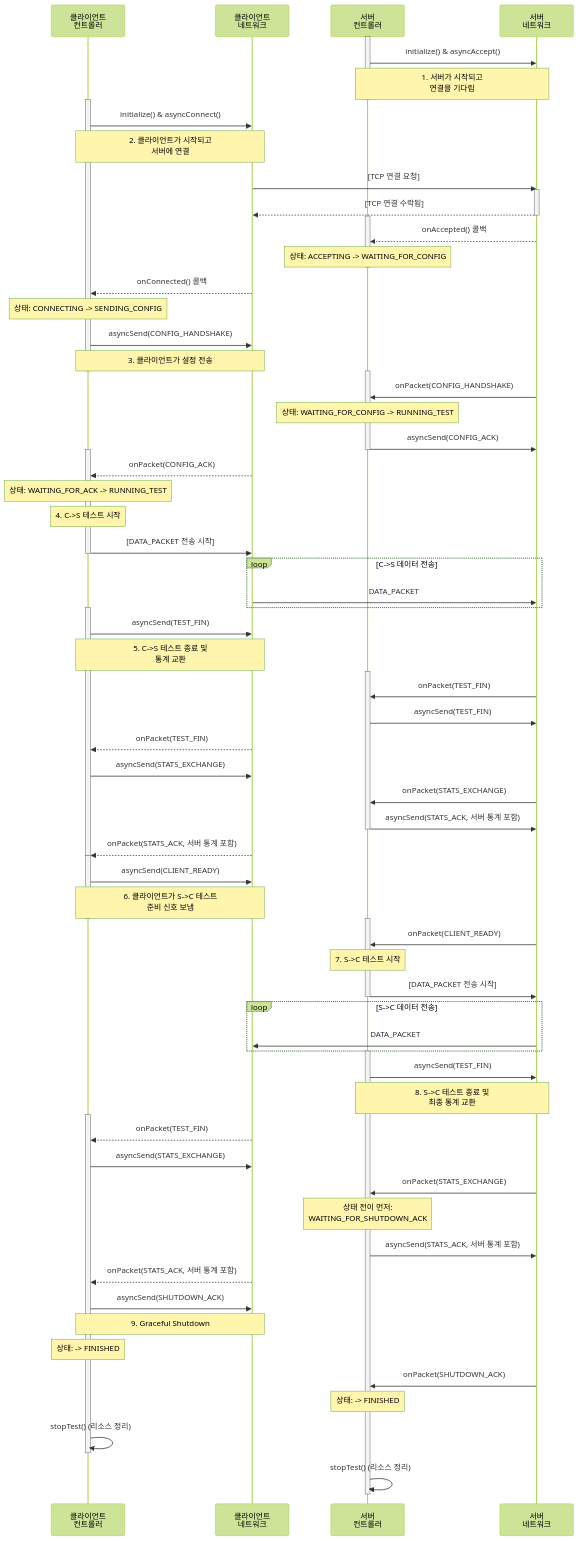
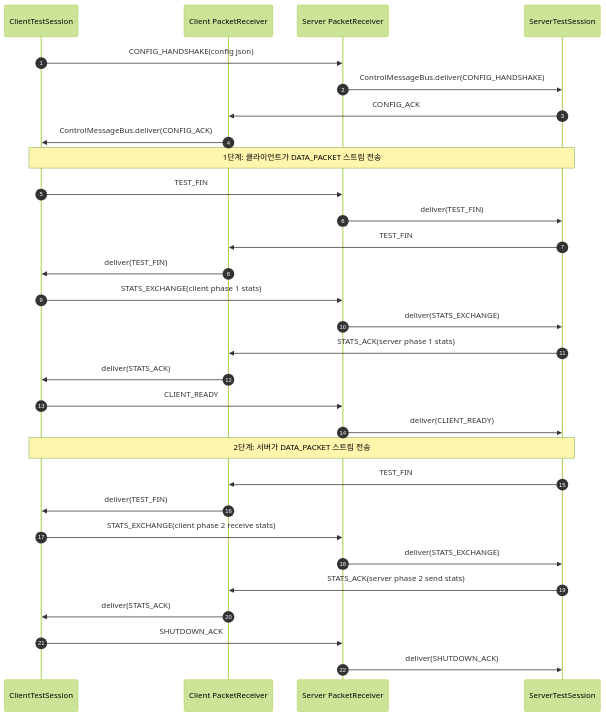
One commit to JunKIM2603a/MyIperf changed the first of 2 diagrams in MyIperf/UML/SequenceDiagram.md. Above: the diagram before and after it, drawn with Mermaid (forest theme). The commit also changed other lines of this file and 186 other files, not shown here.

````diff
--- a/MyIperf/UML/SequenceDiagram.md
+++ b/MyIperf/UML/SequenceDiagram.md
@@ -22,108 +6,38 @@
 ```mermaid
 sequenceDiagram
-    participant C_TC as 클라이언트<br>컨트롤러
-    participant C_NI as 클라이언트<br>네트워크
-    participant S_TC as 서버<br>컨트롤러
-    participant S_NI as 서버<br>네트워크
+    autonumber
+    participant Client as ClientTestSession
+    participant ClientRx as Client PacketReceiver
+    participant ServerRx as Server PacketReceiver
+    participant Server as ServerTestSession
 
-    activate S_TC
-    S_TC->>S_NI: initialize() & asyncAccept()
-    note over S_TC, S_NI: 1. 서버가 시작되고<br>연결을 기다림
-    deactivate S_TC
+    Client->>ServerRx: CONFIG_HANDSHAKE(config json)
+    ServerRx->>Server: ControlMessageBus.deliver(CONFIG_HANDSHAKE)
+    Server->>ClientRx: CONFIG_ACK
+    ClientRx->>Client: ControlMessageBus.deliver(CONFIG_ACK)
 
-    activate C_TC
-    C_TC->>C_NI: initialize() & asyncConnect()
-    note over C_TC, C_NI: 2. 클라이언트가 시작되고<br>서버에 연결
-    
-    C_NI->>S_NI: [TCP 연결 요청]
-    activate S_NI
-    S_NI-->>C_NI: [TCP 연결 수락됨]
-    deactivate S_NI
+    Note over Client,Server: 1단계: 클라이언트가 DATA_PACKET 스트림 전송
 
-    activate S_TC
-    S_NI-->>S_TC: onAccepted() 콜백
-    note over S_TC: 상태: ACCEPTING -> WAITING_FOR_CONFIG
-    deactivate S_TC
-    
-    C_NI-->>C_TC: onConnected() 콜백
-    note over C_TC: 상태: CONNECTING -> SENDING_CONFIG
-    C_TC->>C_NI: asyncSend(CONFIG_HANDSHAKE)
-    note over C_TC, C_NI: 3. 클라이언트가 설정 전송
-    deactivate C_TC
+    Client->>ServerRx: TEST_FIN
+    ServerRx->>Server: deliver(TEST_FIN)
+    Server->>ClientRx: TEST_FIN
+    ClientRx->>Client: deliver(TEST_FIN)
+    Client->>ServerRx: STATS_EXCHANGE(client phase 1 stats)
+    ServerRx->>Server: deliver(STATS_EXCHANGE)
+    Server->>ClientRx: STATS_ACK(server phase 1 stats)
+    ClientRx->>Client: deliver(STATS_ACK)
 
-    activate S_TC
-    S_NI->>S_TC: onPacket(CONFIG_HANDSHAKE)
-    note over S_TC: 상태: WAITING_FOR_CONFIG -> RUNNING_TEST
-    S_TC->>S_NI: asyncSend(CONFIG_ACK)
-    deactivate S_TC
+    Client->>ServerRx: CLIENT_READY
+    ServerRx->>Server: deliver(CLIENT_READY)
 
-    activate C_TC
-    C_NI-->>C_TC: onPacket(CONFIG_ACK)
-    note over C_TC: 상태: WAITING_FOR_ACK -> RUNNING_TEST
-    note over C_TC: 4. C->S 테스트 시작
-    C_TC->>C_NI: [DATA_PACKET 전송 시작]
-    deactivate C_TC
+    Note over Client,Server: 2단계: 서버가 DATA_PACKET 스트림 전송
 
-    loop C->S 데이터 전송
-        C_NI->>S_NI: DATA_PACKET
-    end
-    
-    activate C_TC
-    C_TC->>C_NI: asyncSend(TEST_FIN)
-    note over C_TC, C_NI: 5. C->S 테스트 종료 및<br>통계 교환
-    
-    activate S_TC
-    S_NI->>S_TC: onPacket(TEST_FIN)
-    S_TC->>S_NI: asyncSend(TEST_FIN)
-    
-    C_NI-->>C_TC: onPacket(TEST_FIN)
-    C_TC->>C_NI: asyncSend(STATS_EXCHANGE)
-    
-    S_NI->>S_TC: onPacket(STATS_EXCHANGE)
-    S_TC->>S_NI: asyncSend(STATS_ACK, 서버 통계 포함)
-    deactivate S_TC
-    
-    C_NI-->>C_TC: onPacket(STATS_ACK, 서버 통계 포함)
-    deactivate C_TC
-
-    activate C_TC
-    C_TC->>C_NI: asyncSend(CLIENT_READY)
-    note over C_TC, C_NI: 6. 클라이언트가 S->C 테스트<br>준비 신호 보냄
-    deactivate C_TC
-
-    activate S_TC
-    S_NI->>S_TC: onPacket(CLIENT_READY)
-    note over S_TC: 7. S->C 테스트 시작
-    S_TC->>S_NI: [DATA_PACKET 전송 시작]
-    deactivate S_TC
-
-    loop S->C 데이터 전송
-        S_NI->>C_NI: DATA_PACKET
-    end
-
-    activate S_TC
-    S_TC->>S_NI: asyncSend(TEST_FIN)
-    note over S_TC, S_NI: 8. S->C 테스트 종료 및<br>최종 통계 교환
-
-    activate C_TC
-    C_NI-->>C_TC: onPacket(TEST_FIN)
-    C_TC->>C_NI: asyncSend(STATS_EXCHANGE)
-
-    S_NI->>S_TC: onPacket(STATS_EXCHANGE)
-    note over S_TC: 상태 전이 먼저:<br>WAITING_FOR_SHUTDOWN_ACK
-    S_TC->>S_NI: asyncSend(STATS_ACK, 서버 통계 포함)
-
-    C_NI-->>C_TC: onPacket(STATS_ACK, 서버 통계 포함)
-    C_TC->>C_NI: asyncSend(SHUTDOWN_ACK)
-    note over C_TC, C_NI: 9. Graceful Shutdown
-    note over C_TC: 상태: -> FINISHED
-
-    S_NI->>S_TC: onPacket(SHUTDOWN_ACK)
-    note over S_TC: 상태: -> FINISHED
-
-    C_TC->>C_TC: stopTest() (리소스 정리)
-    deactivate C_TC
-    
-    S_TC->>S_TC: stopTest() (리소스 정리)
-    deactivate S_TC
+    Server->>ClientRx: TEST_FIN
+    ClientRx->>Client: deliver(TEST_FIN)
+    Client->>ServerRx: STATS_EXCHANGE(client phase 2 receive stats)
+    ServerRx->>Server: deliver(STATS_EXCHANGE)
+    Server->>ClientRx: STATS_ACK(server phase 2 send stats)
+    ClientRx->>Client: deliver(STATS_ACK)
+    Client->>ServerRx: SHUTDOWN_ACK
+    ServerRx->>Server: deliver(SHUTDOWN_ACK)
 ```
````
